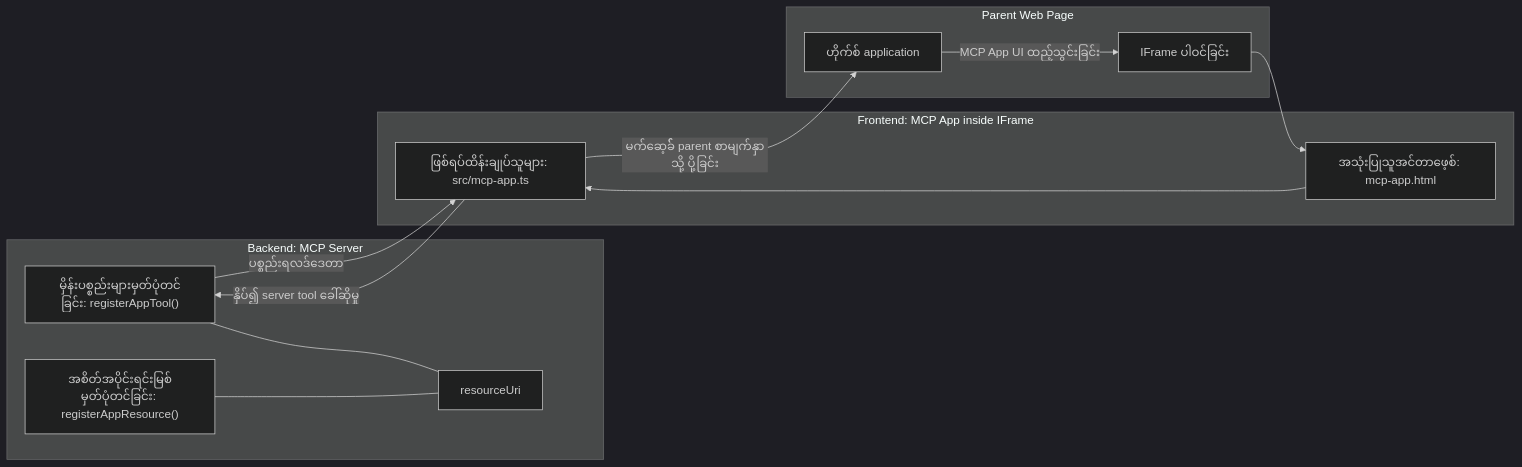
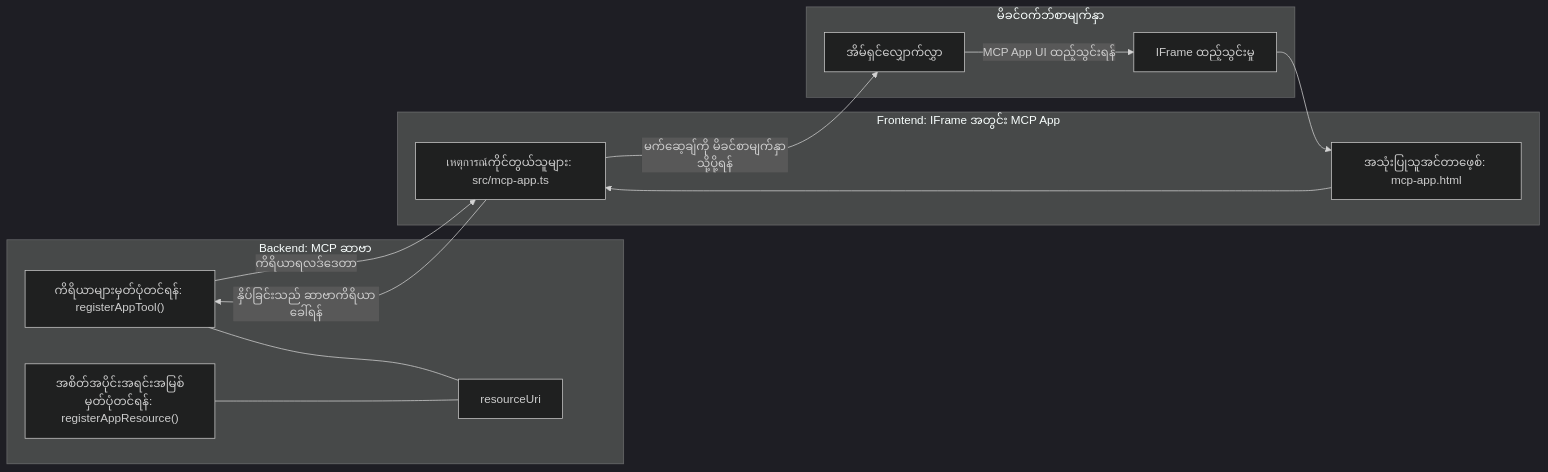
The diagram in mcp_ecosystem__model_context_protocol/mcp_learning_resources/mcp-for-beginners/translations/my/03-GettingStarted/15-mcp-apps/README.md (HIDORAKAI002/ai-workspace-archive), drawn with Mermaid (dark theme) before and after one commit. The commit also changed other lines of this file and 1160 other files, not shown here.

````diff
--- a/mcp_ecosystem__model_context_protocol/mcp_learning_resources/mcp-for-beginners/translations/my/03-GettingStarted/15-mcp-apps/README.md
+++ b/mcp_ecosystem__model_context_protocol/mcp_learning_resources/mcp-for-beginners/translations/my/03-GettingStarted/15-mcp-apps/README.md
@@ -32,27 +32,27 @@
 ```mermaid
 flowchart LR
-  subgraph Backend[Backend: MCP Server]
-    T["မှိန်းပစ္စည်းများမှတ်ပုံတင်ခြင်း: registerAppTool()"]
-    C["အစိတ်အပိုင်းရင်းမြစ်မှတ်ပုံတင်ခြင်း: registerAppResource()"]
+  subgraph Backend[Backend: MCP ဆာဗာ]
+    T["ကိရိယာများမှတ်ပုံတင်ရန်: registerAppTool()"]
+    C["အစိတ်အပိုင်းအရင်းအမြစ်မှတ်ပုံတင်ရန်: registerAppResource()"]
     U[resourceUri]
     T --- U
     C --- U
   end
 
-  subgraph Parent[Parent Web Page]
-    H[ဟိုက်စ် application]
-    IFRAME[IFrame ပါဝင်ခြင်း]
-    H -->|MCP App UI ထည့်သွင်းခြင်း| IFRAME
+  subgraph Parent[မိခင်ဝက်ဘ်စာမျက်နှာ]
+    H[အိမ်ရှင်လျှောက်လွှာ]
+    IFRAME[IFrame ထည့်သွင်းမှု]
+    H -->|MCP App UI ထည့်သွင်းရန်| IFRAME
   end
 
-  subgraph Frontend[Frontend: MCP App inside IFrame]
+  subgraph Frontend[Frontend: IFrame အတွင်း MCP App]
     UI["အသုံးပြုသူအင်တာဖေ့စ်: mcp-app.html"]
-    EH["ဖြစ်ရပ်ထိန်းချုပ်သူများ: src/mcp-app.ts"]
+    EH["เหตุการณ์ကိုင်တွယ်သူများ: src/mcp-app.ts"]
     UI --> EH
   end
 
   IFRAME --> UI
-  EH -->|နှိပ်၍ server tool ခေါ်ဆိုမှု| T
-  T -->|ပစ္စည်းရလဒ်ဒေတာ| EH
-  EH -->|မက်ဆေ့ခ်် parent စာမျက်နှာသို့ ပို့ခြင်း| H
+  EH -->|နှိပ်ခြင်းသည် ဆာဗာကိရိယာခေါ်ရန်| T
+  T -->|ကိရိယာရလဒ်ဒေတာ| EH
+  EH -->|မက်ဆေ့ချ်ကို မိခင်စာမျက်နှာသို့ပို့ရန်| H
 ```
````
